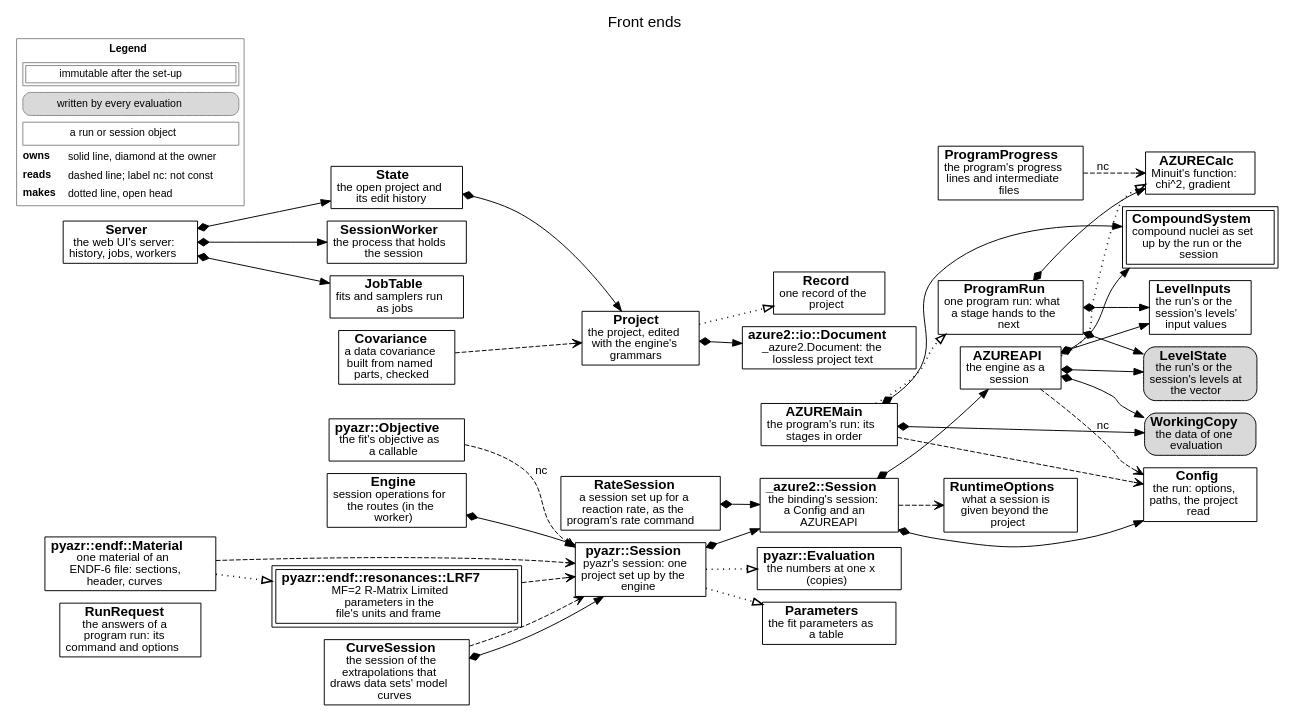
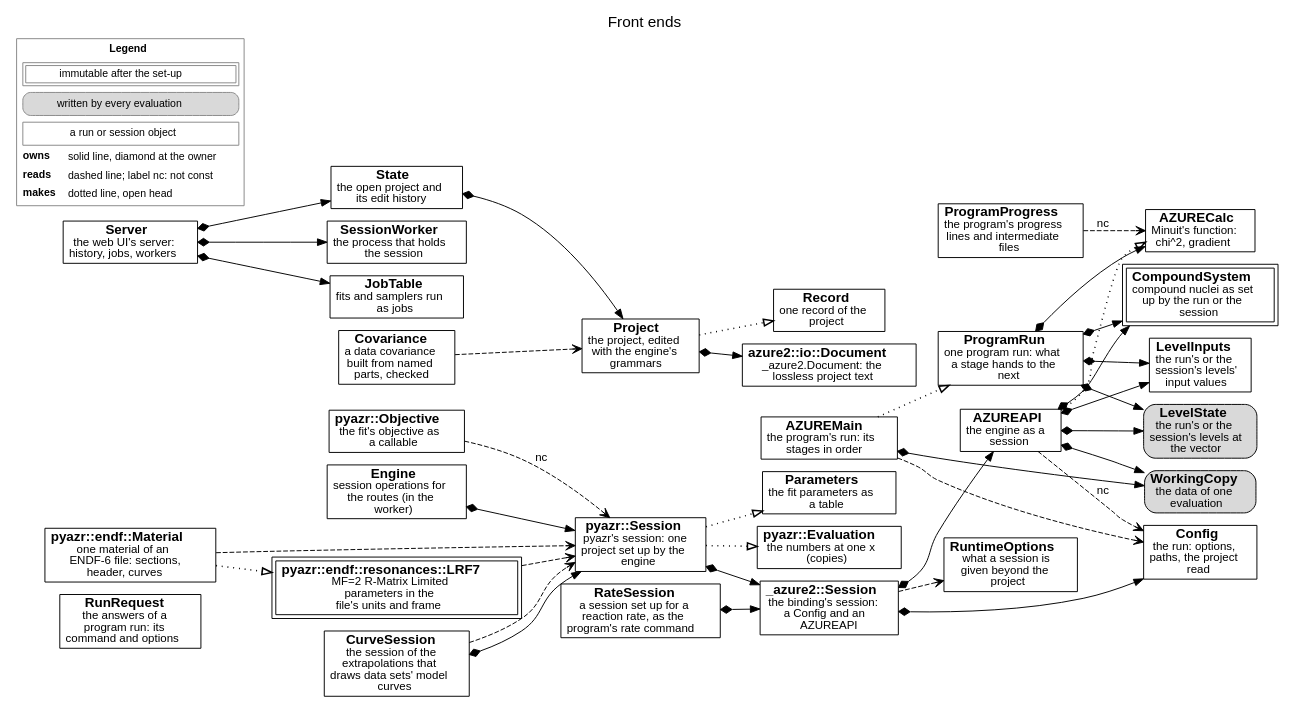
One commit to AZURE2DEV/AZURE2 changed the diagram in docs/source/developer/figures/frontends.dot. Above: the diagram before and after it, drawn with Graphviz. The commit also changed 13 other files, not shown here.

```diff
--- a/docs/source/developer/figures/frontends.dot
+++ b/docs/source/developer/figures/frontends.dot
@@ -1,71 +1,71 @@
 digraph frontends {
   graph [rankdir=LR, fontname="Helvetica", fontsize=16, labelloc=t, label="Front ends", nodesep=0.18, ranksep=0.3, newrank=true];
   node [fontname="Helvetica", fontsize=14, margin="0.08,0.04"];
   edge [fontname="Helvetica", fontsize=12];
   n_RunRequest [label=<<b>RunRequest</b><br/><font point-size="12">the answers of a<br/>program run: its<br/>command and options</font>>, shape=box, style="filled", fillcolor="white"];
   n_AZUREMain [label=<<b>AZUREMain</b><br/><font point-size="12">the program&#x27;s run: its<br/>stages in order</font>>, shape=box, style="filled", fillcolor="white"];
   n_Config [label=<<b>Config</b><br/><font point-size="12">the run: options,<br/>paths, the project<br/>read</font>>, shape=box, style="filled", fillcolor="white"];
   n_CompoundSystem [label=<<b>CompoundSystem</b><br/><font point-size="12">compound nuclei as set<br/>up by the run or the<br/>session</font>>, shape=box, peripheries=2, style="filled", fillcolor="white"];
   n_LevelState [label=<<b>LevelState</b><br/><font point-size="12">the run&#x27;s or the<br/>session&#x27;s levels at<br/>the vector</font>>, shape=box, style="rounded,filled", fillcolor="#d9d9d9"];
   n_LevelInputs [label=<<b>LevelInputs</b><br/><font point-size="12">the run&#x27;s or the<br/>session&#x27;s levels&#x27;<br/>input values</font>>, shape=box, style="filled", fillcolor="white"];
   n_WorkingCopy [label=<<b>WorkingCopy</b><br/><font point-size="12">the data of one<br/>evaluation</font>>, shape=box, style="rounded,filled", fillcolor="#d9d9d9"];
   n_AZURECalc [label=<<b>AZURECalc</b><br/><font point-size="12">Minuit&#x27;s function:<br/>chi^2, gradient</font>>, shape=box, style="filled", fillcolor="white"];
   n_ProgramRun [label=<<b>ProgramRun</b><br/><font point-size="12">one program run: what<br/>a stage hands to the<br/>next</font>>, shape=box, style="filled", fillcolor="white"];
   n_ProgramProgress [label=<<b>ProgramProgress</b><br/><font point-size="12">the program&#x27;s progress<br/>lines and intermediate<br/>files</font>>, shape=box, style="filled", fillcolor="white"];
   n_AZUREAPI [label=<<b>AZUREAPI</b><br/><font point-size="12">the engine as a<br/>session</font>>, shape=box, style="filled", fillcolor="white"];
   n__azure2__Session [label=<<b>_azure2::Session</b><br/><font point-size="12">the binding&#x27;s session:<br/>a Config and an<br/>AZUREAPI</font>>, shape=box, style="filled", fillcolor="white"];
   n_RuntimeOptions [label=<<b>RuntimeOptions</b><br/><font point-size="12">what a session is<br/>given beyond the<br/>project</font>>, shape=box, style="filled", fillcolor="white"];
   n_pyazr__Session [label=<<b>pyazr::Session</b><br/><font point-size="12">pyazr&#x27;s session: one<br/>project set up by the<br/>engine</font>>, shape=box, style="filled", fillcolor="white"];
   n_pyazr__Objective [label=<<b>pyazr::Objective</b><br/><font point-size="12">the fit&#x27;s objective as<br/>a callable</font>>, shape=box, style="filled", fillcolor="white"];
   n_pyazr__Evaluation [label=<<b>pyazr::Evaluation</b><br/><font point-size="12">the numbers at one x<br/>(copies)</font>>, shape=box, style="filled", fillcolor="white"];
   n_Parameters [label=<<b>Parameters</b><br/><font point-size="12">the fit parameters as<br/>a table</font>>, shape=box, style="filled", fillcolor="white"];
   n_Project [label=<<b>Project</b><br/><font point-size="12">the project, edited<br/>with the engine&#x27;s<br/>grammars</font>>, shape=box, style="filled", fillcolor="white"];
   n_Record [label=<<b>Record</b><br/><font point-size="12">one record of the<br/>project</font>>, shape=box, style="filled", fillcolor="white"];
   n_azure2__io__Document [label=<<b>azure2::io::Document</b><br/><font point-size="12">_azure2.Document: the<br/>lossless project text</font>>, shape=box, style="filled", fillcolor="white"];
   n_Server [label=<<b>Server</b><br/><font point-size="12">the web UI&#x27;s server:<br/>history, jobs, workers</font>>, shape=box, style="filled", fillcolor="white"];
   n_State [label=<<b>State</b><br/><font point-size="12">the open project and<br/>its edit history</font>>, shape=box, style="filled", fillcolor="white"];
   n_SessionWorker [label=<<b>SessionWorker</b><br/><font point-size="12">the process that holds<br/>the session</font>>, shape=box, style="filled", fillcolor="white"];
   n_Engine [label=<<b>Engine</b><br/><font point-size="12">session operations for<br/>the routes (in the<br/>worker)</font>>, shape=box, style="filled", fillcolor="white"];
   n_JobTable [label=<<b>JobTable</b><br/><font point-size="12">fits and samplers run<br/>as jobs</font>>, shape=box, style="filled", fillcolor="white"];
   n_pyazr__endf__Material [label=<<b>pyazr::endf::Material</b><br/><font point-size="12">one material of an<br/>ENDF-6 file: sections,<br/>header, curves</font>>, shape=box, style="filled", fillcolor="white"];
   n_pyazr__endf__resonances__LRF7 [label=<<b>pyazr::endf::resonances::LRF7</b><br/><font point-size="12">MF=2 R-Matrix Limited<br/>parameters in the<br/>file&#x27;s units and frame</font>>, shape=box, peripheries=2, style="filled", fillcolor="white"];
   n_RateSession [label=<<b>RateSession</b><br/><font point-size="12">a session set up for a<br/>reaction rate, as the<br/>program&#x27;s rate command</font>>, shape=box, style="filled", fillcolor="white"];
   n_CurveSession [label=<<b>CurveSession</b><br/><font point-size="12">the session of the<br/>extrapolations that<br/>draws data sets&#x27; model<br/>curves</font>>, shape=box, style="filled", fillcolor="white"];
   n_Covariance [label=<<b>Covariance</b><br/><font point-size="12">a data covariance<br/>built from named<br/>parts, checked</font>>, shape=box, style="filled", fillcolor="white"];
   n_AZUREMain -> n_Config [style=dashed, arrowhead=vee];
-  n_AZUREMain -> n_CompoundSystem [style=solid, dir=both, arrowtail=diamond, arrowhead=normal];
   n_AZUREMain -> n_WorkingCopy [style=solid, dir=both, arrowtail=diamond, arrowhead=normal];
   n_AZUREMain -> n_ProgramRun [style=dotted, penwidth=1.6, arrowhead=empty];
   n_ProgramRun -> n_AZURECalc [style=solid, dir=both, arrowtail=diamond, arrowhead=normal];
+  n_ProgramRun -> n_CompoundSystem [style=solid, dir=both, arrowtail=diamond, arrowhead=normal];
   n_ProgramRun -> n_LevelState [style=solid, dir=both, arrowtail=diamond, arrowhead=normal];
   n_ProgramRun -> n_LevelInputs [style=solid, dir=both, arrowtail=diamond, arrowhead=normal];
   n_ProgramProgress -> n_AZURECalc [style=dashed, arrowhead=vee, label=" nc"];
   n_AZUREAPI -> n_AZURECalc [style=dotted, penwidth=1.6, arrowhead=empty];
   n_AZUREAPI -> n_Config [style=dashed, arrowhead=vee, label=" nc"];
   n_AZUREAPI -> n_CompoundSystem [style=solid, dir=both, arrowtail=diamond, arrowhead=normal];
   n_AZUREAPI -> n_LevelState [style=solid, dir=both, arrowtail=diamond, arrowhead=normal];
   n_AZUREAPI -> n_LevelInputs [style=solid, dir=both, arrowtail=diamond, arrowhead=normal];
   n_AZUREAPI -> n_WorkingCopy [style=solid, dir=both, arrowtail=diamond, arrowhead=normal];
   n__azure2__Session -> n_Config [style=solid, dir=both, arrowtail=diamond, arrowhead=normal];
   n__azure2__Session -> n_AZUREAPI [style=solid, dir=both, arrowtail=diamond, arrowhead=normal];
   n__azure2__Session -> n_RuntimeOptions [style=dashed, arrowhead=vee];
   n_pyazr__Session -> n__azure2__Session [style=solid, dir=both, arrowtail=diamond, arrowhead=normal];
   n_pyazr__Session -> n_Parameters [style=dotted, penwidth=1.6, arrowhead=empty];
   n_pyazr__Objective -> n_pyazr__Session [style=dashed, arrowhead=vee, label=" nc"];
   n_pyazr__Session -> n_pyazr__Evaluation [style=dotted, penwidth=1.6, arrowhead=empty];
   n_Project -> n_azure2__io__Document [style=solid, dir=both, arrowtail=diamond, arrowhead=normal];
   n_Project -> n_Record [style=dotted, penwidth=1.6, arrowhead=empty];
   n_State -> n_Project [style=solid, dir=both, arrowtail=diamond, arrowhead=normal];
   n_Server -> n_State [style=solid, dir=both, arrowtail=diamond, arrowhead=normal];
   n_Server -> n_SessionWorker [style=solid, dir=both, arrowtail=diamond, arrowhead=normal];
   n_Server -> n_JobTable [style=solid, dir=both, arrowtail=diamond, arrowhead=normal];
   n_Engine -> n_pyazr__Session [style=solid, dir=both, arrowtail=diamond, arrowhead=normal];
   n_RateSession -> n__azure2__Session [style=solid, dir=both, arrowtail=diamond, arrowhead=normal];
   n_CurveSession -> n_pyazr__Session [style=solid, dir=both, arrowtail=diamond, arrowhead=normal];
   n_CurveSession -> n_pyazr__Session [style=dashed, arrowhead=vee];
   n_Covariance -> n_Project [style=dashed, arrowhead=vee];
   n_pyazr__endf__Material -> n_pyazr__Session [style=dashed, arrowhead=vee];
   n_pyazr__endf__Material -> n_pyazr__endf__resonances__LRF7 [style=dotted, penwidth=1.6, arrowhead=empty];
   n_pyazr__endf__resonances__LRF7 -> n_pyazr__Session [style=dashed, arrowhead=vee];
   legend [shape=plaintext, fontsize=11, label=<<TABLE BORDER="1" CELLBORDER="0" CELLSPACING="3" COLOR="#888888"><TR><TD COLSPAN="2"><B>Legend</B></TD></TR><TR><TD COLSPAN="2"><TABLE BORDER="1" CELLBORDER="1" CELLSPACING="2" CELLPADDING="2"><TR><TD>immutable after the set-up</TD></TR></TABLE></TD></TR><TR><TD COLSPAN="2"><TABLE BORDER="1" CELLBORDER="0" CELLPADDING="3" STYLE="rounded" BGCOLOR="#d9d9d9"><TR><TD>written by every evaluation</TD></TR></TABLE></TD></TR><TR><TD COLSPAN="2"><TABLE BORDER="1" CELLBORDER="0" CELLPADDING="3" ><TR><TD>a run or session object</TD></TR></TABLE></TD></TR><TR><TD ALIGN="LEFT"><B>owns</B></TD><TD ALIGN="LEFT">solid line, diamond at the owner</TD></TR><TR><TD ALIGN="LEFT"><B>reads</B></TD><TD ALIGN="LEFT">dashed line; label nc: not const</TD></TR><TR><TD ALIGN="LEFT"><B>makes</B></TD><TD ALIGN="LEFT">dotted line, open head</TD></TR></TABLE>>];
 }
```
